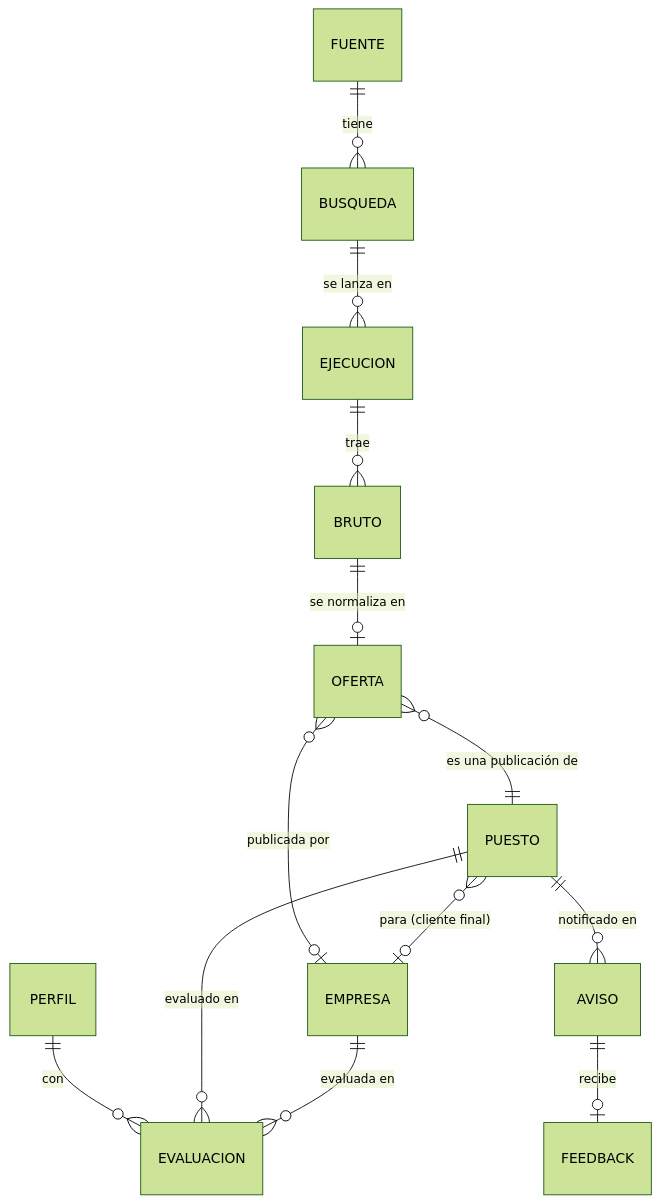
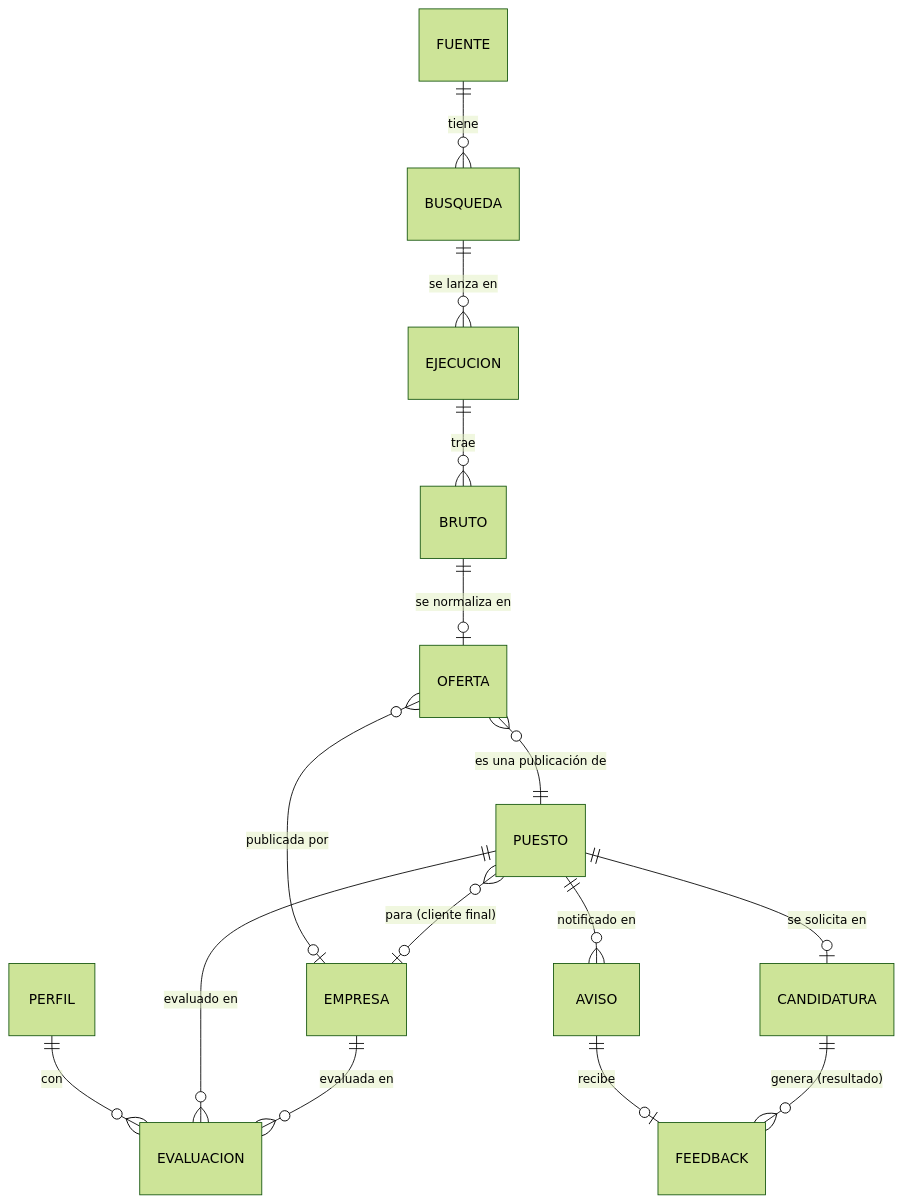
The diagram in docs/modelo.md (rubenhig/job-radar), drawn with Mermaid (forest theme) before and after one commit. The commit also changed other lines of this file and 3 other files, not shown here.

````diff
--- a/docs/modelo.md
+++ b/docs/modelo.md
@@ -13,15 +13,17 @@
 ```mermaid
 erDiagram
     FUENTE ||--o{ BUSQUEDA : "tiene"
     BUSQUEDA ||--o{ EJECUCION : "se lanza en"
     EJECUCION ||--o{ BRUTO : "trae"
     BRUTO ||--o| OFERTA : "se normaliza en"
     OFERTA }o--|| PUESTO : "es una publicación de"
     OFERTA }o--o| EMPRESA : "publicada por"
     PUESTO }o--o| EMPRESA : "para (cliente final)"
     PERFIL ||--o{ EVALUACION : "con"
     PUESTO ||--o{ EVALUACION : "evaluado en"
     EMPRESA ||--o{ EVALUACION : "evaluada en"
     PUESTO ||--o{ AVISO : "notificado en"
     AVISO ||--o| FEEDBACK : "recibe"
+    PUESTO ||--o| CANDIDATURA : "se solicita en"
+    CANDIDATURA ||--o{ FEEDBACK : "genera (resultado)"
 ```
````
